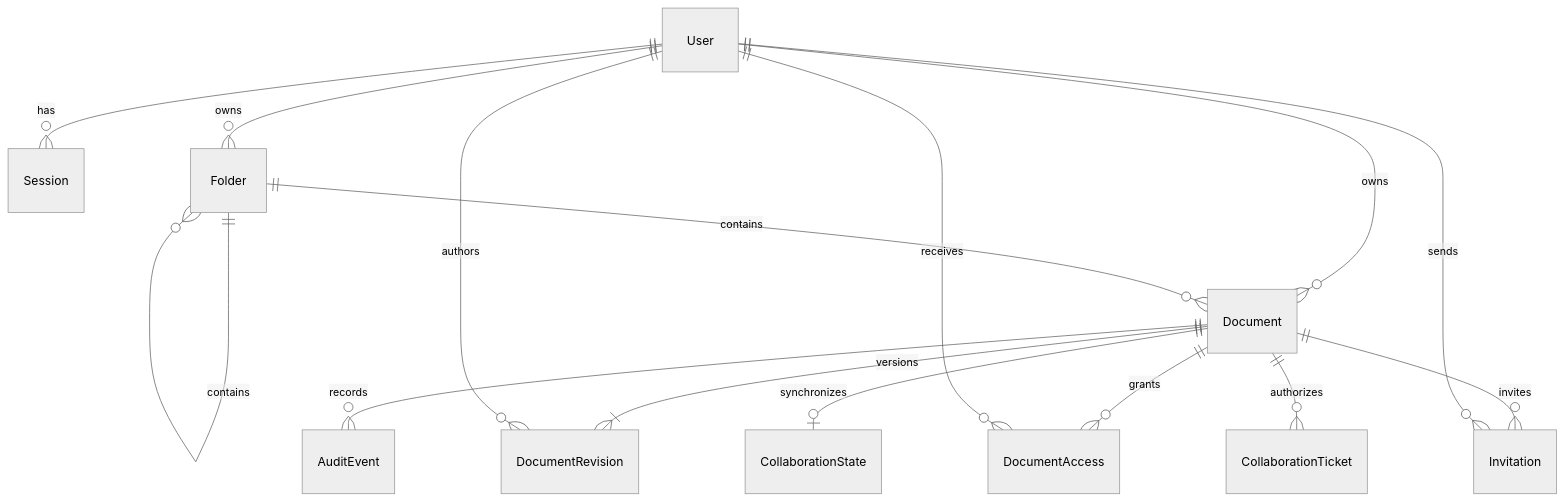
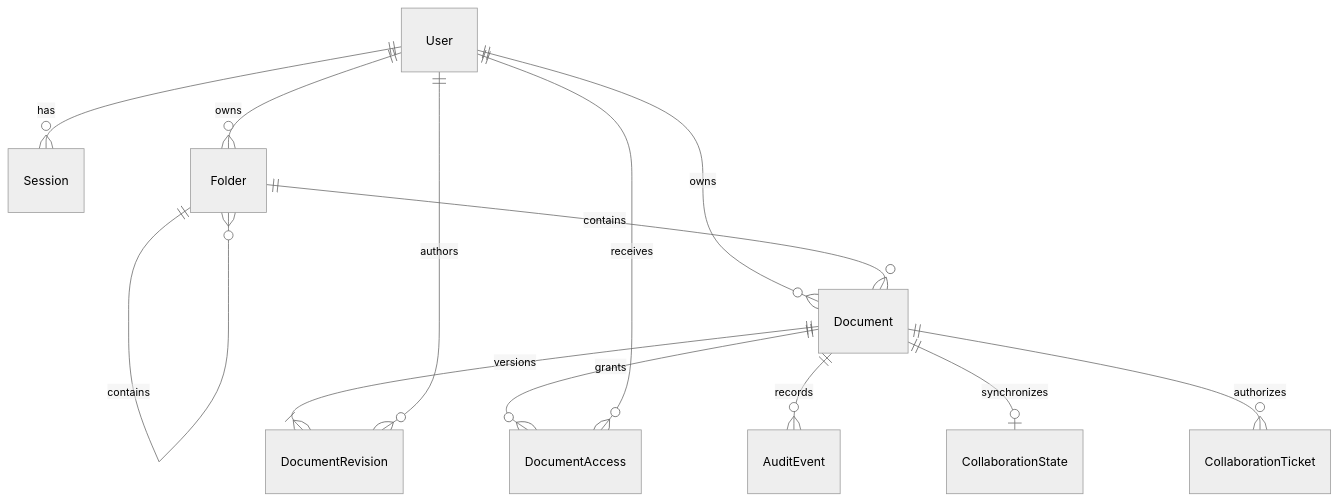
One commit to bombzj/TeamMD changed the diagram in docs/data-model.md. Above: the diagram before and after it, drawn with Mermaid (neutral theme). The commit also changed other lines of this file and 23 other files, not shown here.

````diff
--- a/docs/data-model.md
+++ b/docs/data-model.md
@@ -7,17 +7,15 @@
 ```mermaid
 erDiagram
   User ||--o{ Session : has
   User ||--o{ Folder : owns
   User ||--o{ Document : owns
   Folder ||--o{ Folder : contains
   Folder ||--o{ Document : contains
   Document ||--|{ DocumentRevision : versions
   User ||--o{ DocumentRevision : authors
   Document ||--o{ DocumentAccess : grants
   User ||--o{ DocumentAccess : receives
-  Document ||--o{ Invitation : invites
-  User ||--o{ Invitation : sends
   Document ||--o{ AuditEvent : records
   Document ||--o| CollaborationState : synchronizes
   Document ||--o{ CollaborationTicket : authorizes
 ```
````
